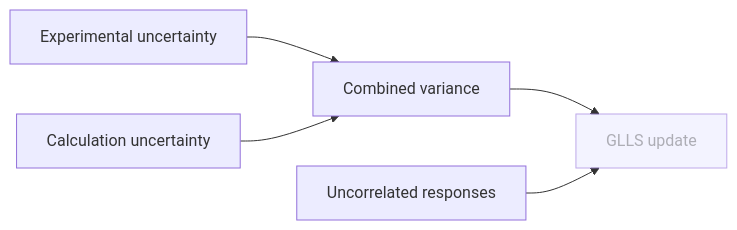
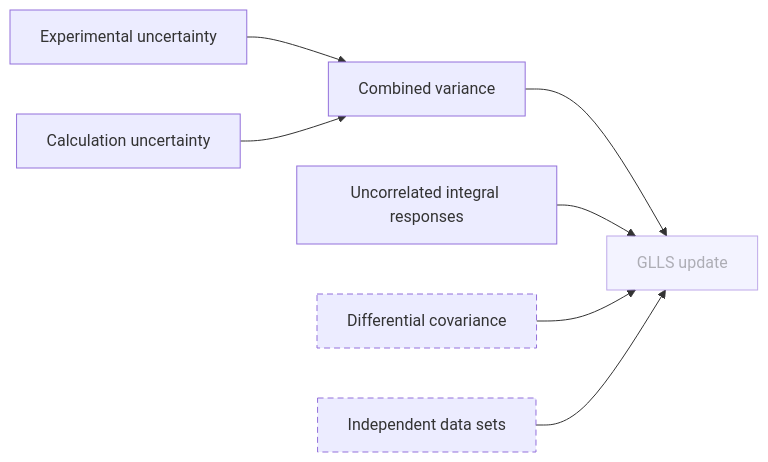
Before and after one commit to aurja130/WPEC_SG52: the fifth of 10 diagrams in DBC/CONCEPTS.md, drawn with Mermaid. The commit also changed other lines of this file and 2 other files, not shown here.

First line of the commit message:
Fix the Exercise 4 contract: Marini nu-bar as MT452, block-diagonal observation covariance

````diff
--- a/DBC/CONCEPTS.md
+++ b/DBC/CONCEPTS.md
@@ -249,12 +251,16 @@
 ```mermaid
 flowchart LR
   ExperimentalUncertainty["Experimental uncertainty"]
   CalculationUncertainty["Calculation uncertainty"]
   CombinedVariance["Combined variance"]
-  UncorrelatedResponses["Uncorrelated responses"]
+  UncorrelatedResponses["Uncorrelated integral responses"]
+  DifferentialCovariance["Differential covariance"]
+  IndependentDataSets["Independent data sets"]
   Glls["GLLS update"]
   ExperimentalUncertainty & CalculationUncertainty --> CombinedVariance
-  CombinedVariance & UncorrelatedResponses --> Glls
+  CombinedVariance & UncorrelatedResponses & DifferentialCovariance & IndependentDataSets --> Glls
+  classDef planned stroke-dasharray: 6 4
   classDef external opacity: 0.6
+  class DifferentialCovariance,IndependentDataSets planned
   class Glls external
 ```
````
